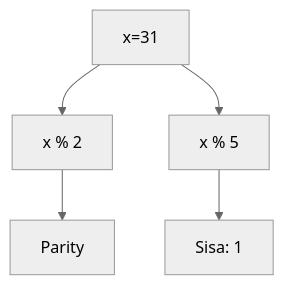
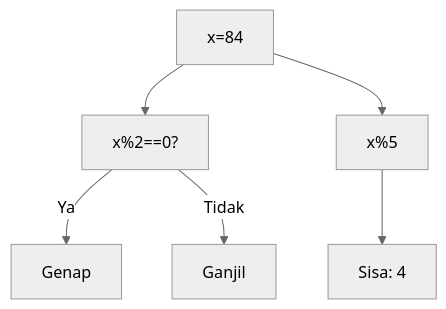
Before and after one commit to amnahwaida/OSNK_INF_PREP: diagram 14 of 25 in part-c-pemahaman-cpp/04-fungsi/latihan/set-12.md, drawn with Mermaid (neutral theme). The commit also changed other lines of this file and 71 other files, not shown here.

Commit message:
Fixed Mermaid syntax lexical errors with quoted labels in 1,800 questions

````diff
--- a/part-c-pemahaman-cpp/04-fungsi/latihan/set-12.md
+++ b/part-c-pemahaman-cpp/04-fungsi/latihan/set-12.md
@@ -453,7 +438,8 @@
 ```mermaid
 graph TD
-A[x=31] --> B[x % 2]
-B --> C[Parity]
-A --> D[x % 5]
-D --> E[Sisa: 1]
+A["x=84"] --> B["x%2==0?"]
+B -- Ya --> C["Genap"]
+B -- Tidak --> D["Ganjil"]
+A --> E["x%5"]
+E --> F["Sisa: 4"]
 ```
````
